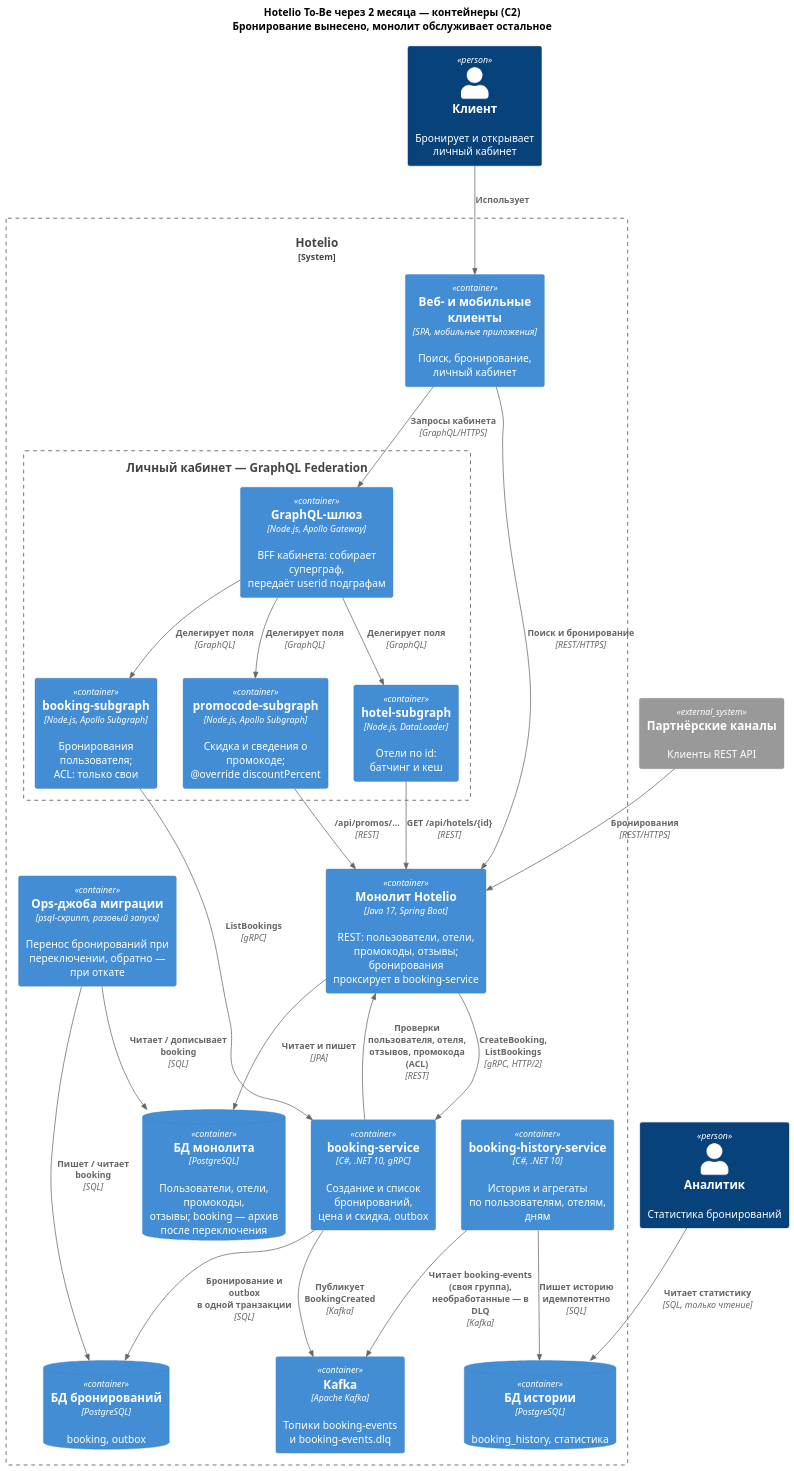
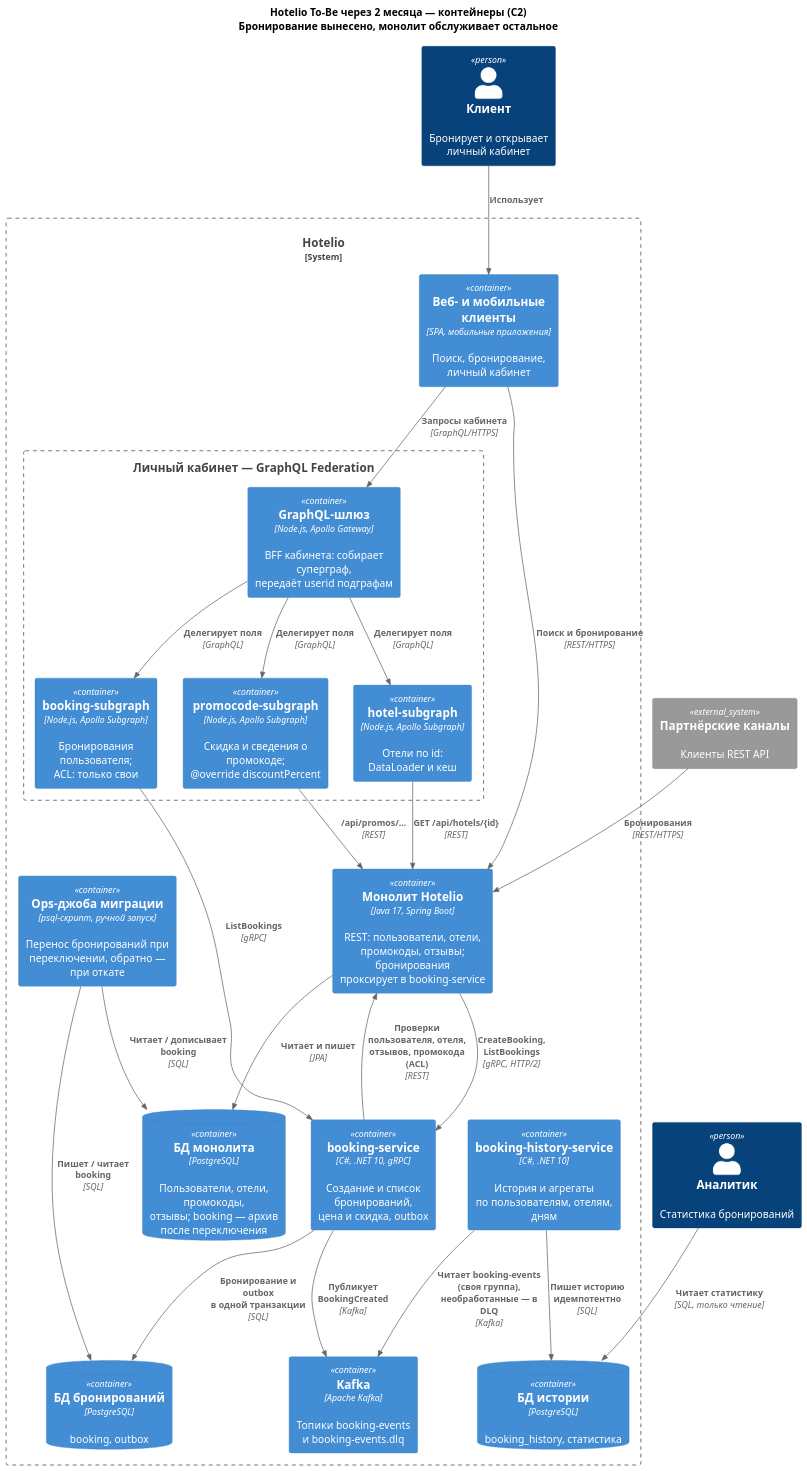
One commit to rozhkovsvyat/msa-sprint2 changed the diagram in tasks/task1/results/diagrams/to-be-containers.puml. Above: the diagram before and after it, drawn with PlantUML. The commit also changed 8 other files, not shown here.

Commit message:
AI-LOG и схемы задания 1: решения автора по журналу, откат прокси через false, подписи без наложений

```diff
--- a/tasks/task1/results/diagrams/to-be-containers.puml
+++ b/tasks/task1/results/diagrams/to-be-containers.puml
@@ -1,62 +1,62 @@
 @startuml
 !include <C4/C4_Container>
 LAYOUT_TOP_DOWN()
 skinparam nodesep 35
 skinparam ranksep 75
 skinparam defaultFontName Arial
 skinparam dpi 130
 show stereotype
 
 title
 Hotelio To-Be через 2 месяца — контейнеры (C2)
 Бронирование вынесено, монолит обслуживает остальное
 end title
 
 Person(guest, "Клиент", "Бронирует и открывает\nличный кабинет")
 Person(analyst, "Аналитик", "Статистика бронирований")
 System_Ext(partners, "Партнёрские каналы", "Клиенты REST API")
 
 System_Boundary(hotelio, "Hotelio") {
   Container(web, "Веб- и мобильные клиенты", "SPA, мобильные приложения", "Поиск, бронирование,\nличный кабинет")
 
   Boundary(cabinet, "Личный кабинет — GraphQL Federation") {
     Container(gw, "GraphQL-шлюз", "Node.js, Apollo Gateway", "BFF кабинета: собирает суперграф,\nпередаёт userid подграфам")
     Container(bsg, "booking-subgraph", "Node.js, Apollo Subgraph", "Бронирования пользователя;\nACL: только свои")
-    Container(hsg, "hotel-subgraph", "Node.js, DataLoader", "Отели по id:\nбатчинг и кеш")
+    Container(hsg, "hotel-subgraph", "Node.js, Apollo Subgraph", "Отели по id:\nDataLoader и кеш")
     Container(psg, "promocode-subgraph", "Node.js, Apollo Subgraph", "Скидка и сведения о промокоде;\n@override discountPercent")
   }
 
   Container(mono, "Монолит Hotelio", "Java 17, Spring Boot", "REST: пользователи, отели,\nпромокоды, отзывы; бронирования\nпроксирует в booking-service")
   ContainerDb(monodb, "БД монолита", "PostgreSQL", "Пользователи, отели, промокоды,\nотзывы; booking — архив\nпосле переключения")
 
   Container(bs, "booking-service", "C#, .NET 10, gRPC", "Создание и список бронирований,\nцена и скидка, outbox")
   ContainerDb(bsdb, "БД бронирований", "PostgreSQL", "booking, outbox")
   Container(kafka, "Kafka", "Apache Kafka", "Топики booking-events\nи booking-events.dlq")
   Container(hs, "booking-history-service", "C#, .NET 10", "История и агрегаты\nпо пользователям, отелям, дням")
   ContainerDb(hsdb, "БД истории", "PostgreSQL", "booking_history, статистика")
-  Container(mig, "Ops-джоба миграции", "psql-скрипт, разовый запуск", "Перенос бронирований при\nпереключении, обратно — при откате")
+  Container(mig, "Ops-джоба миграции", "psql-скрипт, ручной запуск", "Перенос бронирований при\nпереключении, обратно — при откате")
 }
 
 Rel(guest, web, "Использует")
 Rel(web, gw, "Запросы кабинета", "GraphQL/HTTPS")
 Rel(web, mono, "Поиск и бронирование", "REST/HTTPS")
 Rel(partners, mono, "Бронирования", "REST/HTTPS")
 
 Rel(gw, bsg, "Делегирует поля", "GraphQL")
 Rel(gw, hsg, "Делегирует поля", "GraphQL")
 Rel(gw, psg, "Делегирует поля", "GraphQL")
 Rel(bsg, bs, "ListBookings", "gRPC")
 Rel(hsg, mono, "GET /api/hotels/{id}", "REST")
 Rel(psg, mono, "/api/promos/...", "REST")
 
 Rel(mono, bs, "CreateBooking, ListBookings", "gRPC, HTTP/2")
 Rel(bs, mono, "Проверки пользователя, отеля,\nотзывов, промокода (ACL)", "REST")
 Rel(mono, monodb, "Читает и пишет", "JPA")
 Rel(bs, bsdb, "Бронирование и outbox\nв одной транзакции", "SQL")
 Rel(bs, kafka, "Публикует BookingCreated", "Kafka")
 Rel(hs, kafka, "Читает booking-events (своя группа),\nнеобработанные — в DLQ", "Kafka")
 Rel(hs, hsdb, "Пишет историю идемпотентно", "SQL")
 Rel(analyst, hsdb, "Читает статистику", "SQL, только чтение")
 Rel(mig, monodb, "Читает / дописывает booking", "SQL")
 Rel(mig, bsdb, "Пишет / читает booking", "SQL")
 @enduml
```
